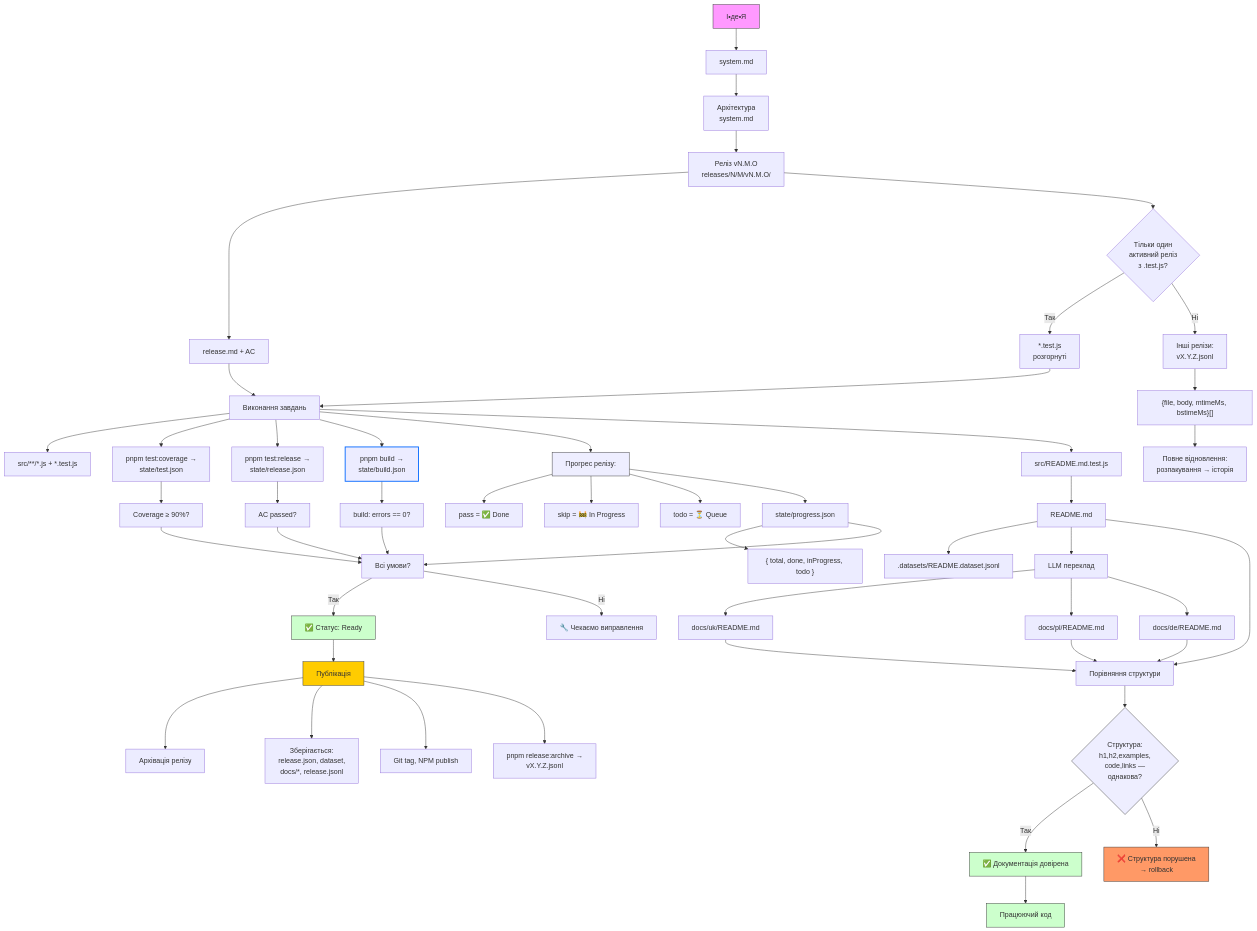
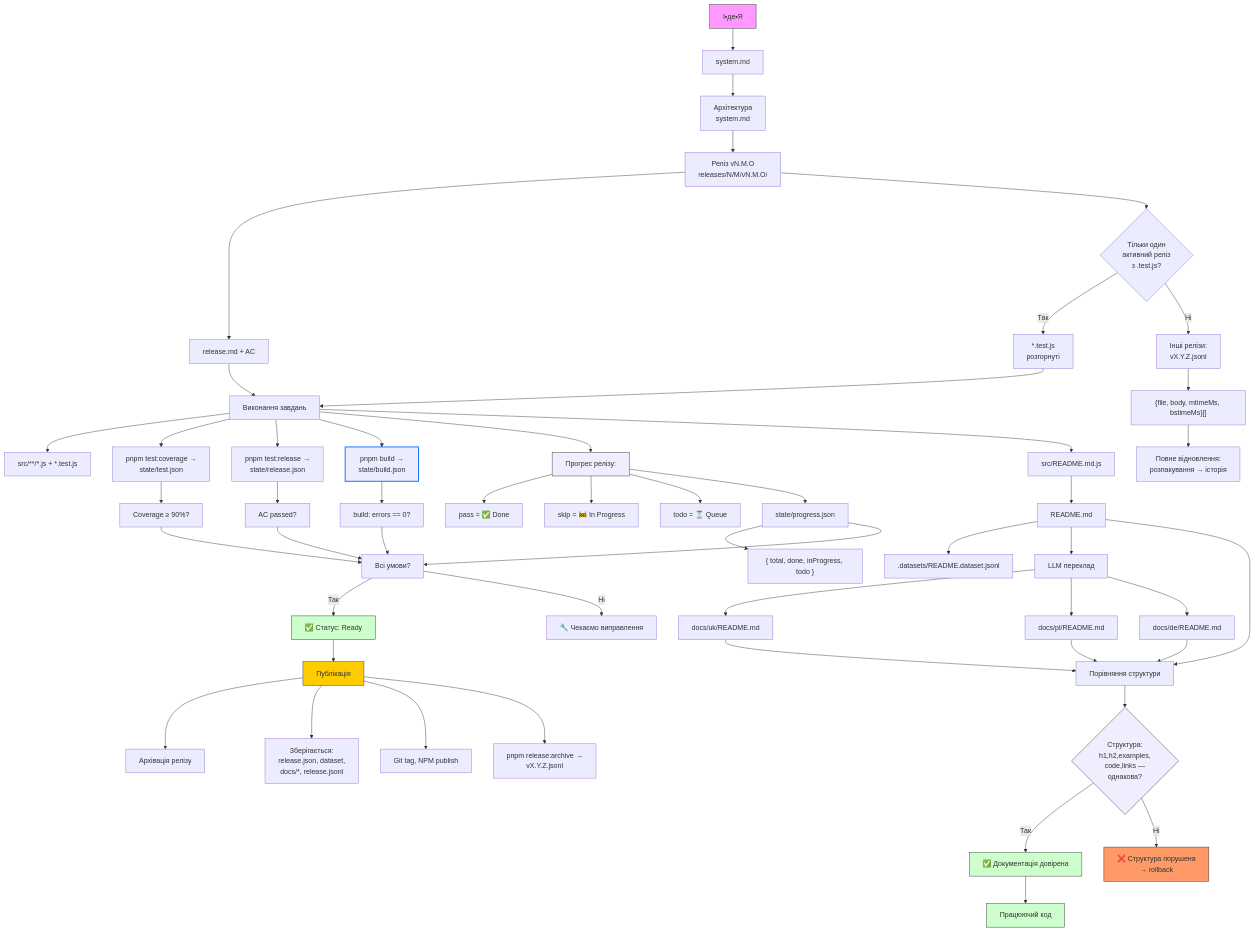
One commit to nan0web/monorepo changed the diagram in system.md. Above: the diagram before and after it, drawn with Mermaid. The commit also changed other lines of this file and 6 other files, not shown here.

````diff
--- a/system.md
+++ b/system.md
@@ -74,76 +74,76 @@
 ```mermaid
 flowchart TD
     A[І•де•Я] --> B[system.md]
     B --> C[Архітектура<br>system.md]
     C --> D[Реліз vN.M.O<br>releases/N/M/vN.M.O/]
     D --> E[release.md + AC]
     D --> F{Тільки один<br>активний реліз<br>з .test.js?}
     F -->|Так| G[*.test.js<br>розгорнуті]
     F -->|Ні| H[Інші релізи:<br>vX.Y.Z.jsonl]
     H --> I["{file, body, mtimeMs, bstimeMs}[]"]
     I --> J[Повне відновлення:<br>розпакування → історія]
 
     E --> K[Виконання завдань]
     G --> K
     K --> L[src/**/*.js + *.test.js]
     K --> M[pnpm test:coverage →<br>state/test.json]
     K --> N[pnpm test:release →<br>state/release.json]
     K --> O[pnpm build →<br>state/build.json]
 
     %% Прогрес %%
     K --> P[Прогрес релізу:]
     P --> Q["pass = ✅ Done"]
     P --> R["skip = 🚧 In Progress"]
     P --> S["todo = ⏳ Queue"]
     P --> T[state/progress.json]
     T --> U["{ total, done, inProgress, todo }"]
 
     %% Документація %%
-    K --> V[src/README.md.test.js]
+    K --> V[src/README.md.js]
     V --> W[README.md]
     W --> X[.datasets/README.dataset.jsonl]
 
     %% Переклади %%
     W --> Y[LLM переклад]
     Y --> Z[docs/uk/README.md]
     Y --> AA[docs/pl/README.md]
     Y --> AB[docs/de/README.md]
 
     %% Контроль структури %%
     Z --> AC[Порівняння структури]
     AA --> AC
     AB --> AC
     W --> AC
     AC --> AD{"Структура:<br>h1,h2,examples,<br>code,links —<br>однакова?"}
     AD -->|Так| AE[✅ Документація довірена]
     AD -->|Ні| AF[❌ Структура порушена<br>→ rollback]
 
     %% Завершення %%
     AE --> AG[Працюючий код]
     M --> AH[Coverage ≥ 90%?]
     N --> AI[AC passed?]
     O --> AJ[build: errors == 0?]
     T --> AK[Всі умови?]
 
     AH --> AK
     AI --> AK
     AJ --> AK
     AK -->|Так| AL[✅ Статус: Ready]
     AK -->|Ні| AM[🔧 Чекаємо виправлення]
 
     AL --> AN[Публікація]
     AN --> AO[Архівація релізу]
     AN --> AP[Зберігається:<br>release.json, dataset,<br>docs/*, release.jsonl]
     AN --> AQ[Git tag, NPM publish]
     AN --> AR[pnpm release:archive →<br>vX.Y.Z.jsonl]
 
     style A fill:#f9f,stroke:#333
     style AG fill:#cfc,stroke:#333
     style AE fill:#cfc,stroke:#333
     style AL fill:#cfc,stroke:#333
     style AF fill:#f96,stroke:#333
     style AN fill:#ffcc00,stroke:#333
     style P fill:#eef,stroke:#333
     style AD fill:#eef,stroke:#333
     style O stroke:#06f,stroke-width:2px
 ```
````
